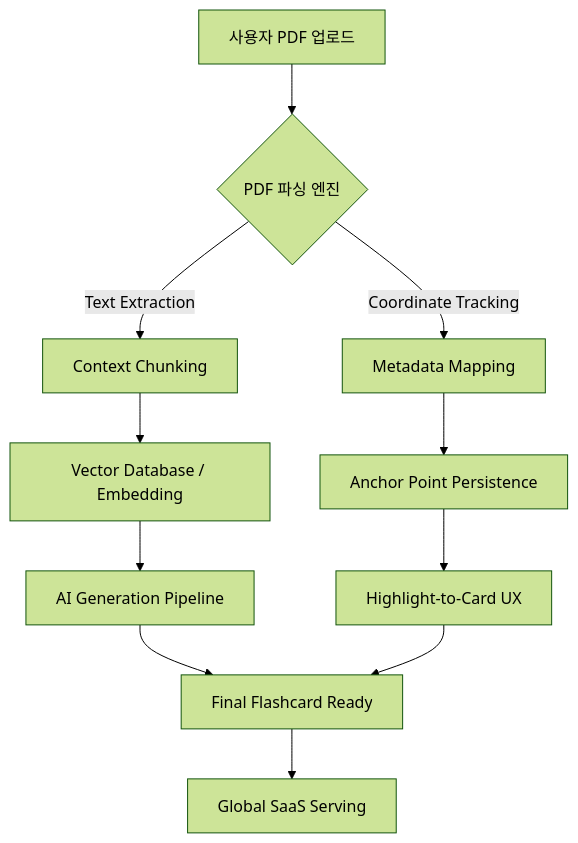
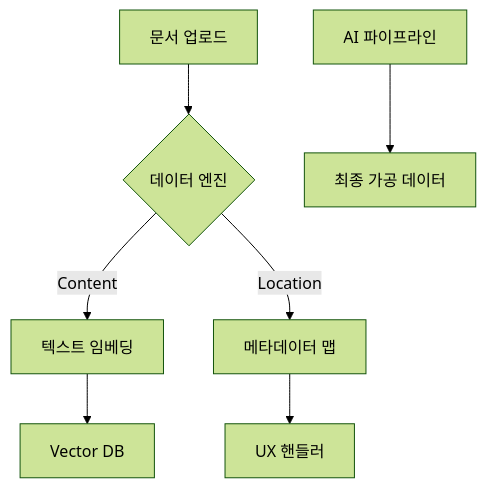
Before and after one commit to Seung-zedd/prep-tech-interview-with-gamification: the diagram in projects/cubrain/THOUGHT_WORKSHOP.md, drawn with Mermaid (forest theme). The commit also changed other lines of this file and 1 other file, not shown here.

````diff
--- a/projects/cubrain/THOUGHT_WORKSHOP.md
+++ b/projects/cubrain/THOUGHT_WORKSHOP.md
@@ -9,13 +9,9 @@
 ```mermaid
 graph TD
-    A[사용자 PDF 업로드] --> B{PDF 파싱 엔진}
-    B -->|Text Extraction| C[Context Chunking]
-    B -->|Coordinate Tracking| D[Metadata Mapping]
-    C --> E[Vector Database / Embedding]
-    D --> F[Anchor Point Persistence]
-    E --> G[AI Generation Pipeline]
-    F --> H[Highlight-to-Card UX]
-    G --> I[Final Flashcard Ready]
-    H --> I
-    I --> J[Global SaaS Serving]
+    A[문서 업로드] --> B{데이터 엔진}
+    B -->|Content| C[텍스트 임베딩]
+    B -->|Location| D[메타데이터 맵]
+    C --> E[Vector DB]
+    D --> F[UX 핸들러]
+    G[AI 파이프라인] --> H[최종 가공 데이터]
 ```
````
